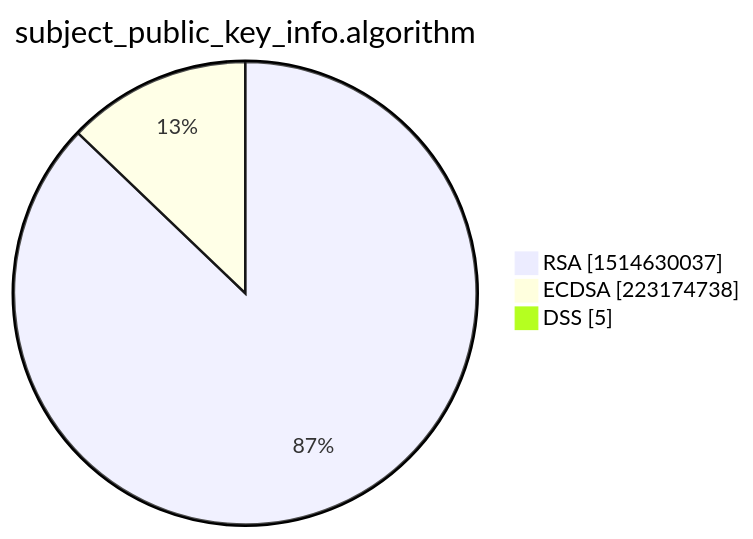
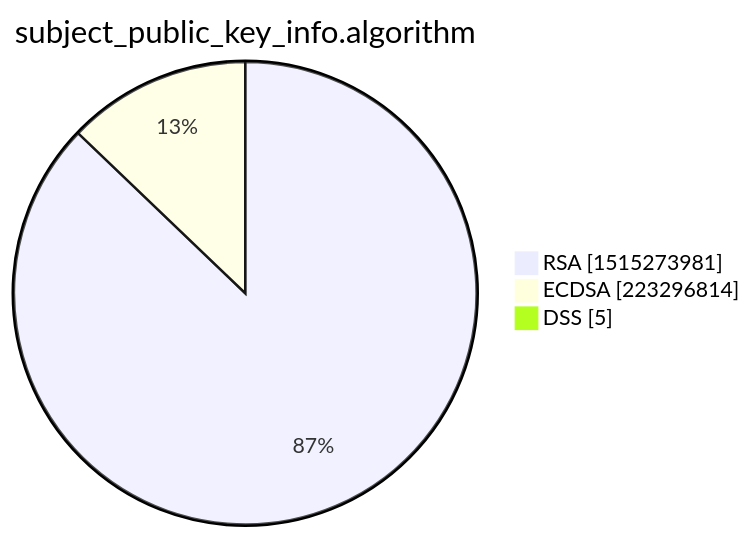
The third of 15 diagrams in xenon2022/README.md (christiankrug/ctmonitor_visualization), drawn with Mermaid before and after one commit. The commit also changed other lines of this file, not shown here.

````diff
--- a/xenon2022/README.md
+++ b/xenon2022/README.md
@@ -14,7 +14,7 @@
 ```mermaid
 pie showData
 title subject_public_key_info.algorithm
-"RSA" :1514630037
-"ECDSA" :223174738
+"RSA" :1515273981
+"ECDSA" :223296814
 "DSS" :5
 ```
````
